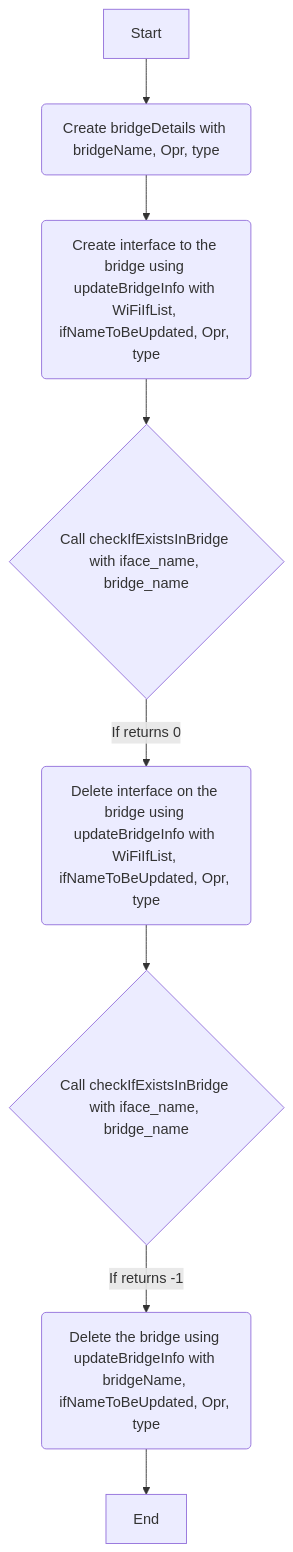
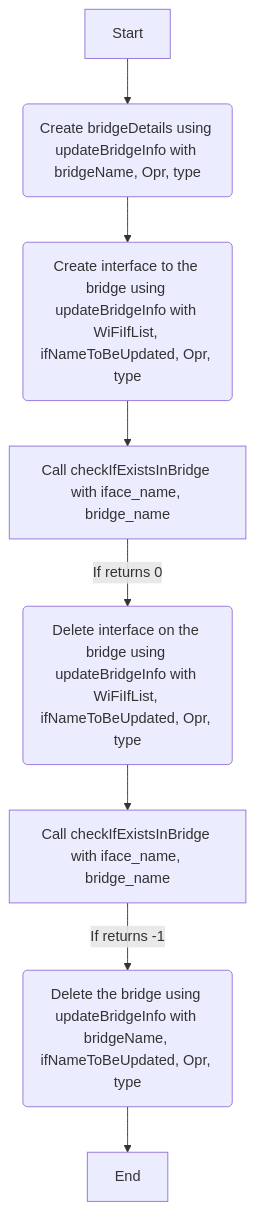
Before and after one commit to rdkcentral/rdkb-halif-test-bridge-util: the second of 5 diagrams in docs/pages/bridge_util_mermaid.md, drawn with Mermaid. The commit also changed other lines of this file, not shown here.

Commit message:
Develop bridge util hal L2 test suite Modified bridge util Mermaid file

````diff
--- a/docs/pages/bridge_util_mermaid.md
+++ b/docs/pages/bridge_util_mermaid.md
@@ -18,10 +18,10 @@
 ```mermaid
 graph TB
-A[Start] --> B(Create bridgeDetails with bridgeName, Opr, type)
+A[Start] --> B(Create bridgeDetails using updateBridgeInfo with bridgeName, Opr, type)
 B --> C(Create interface to the bridge using updateBridgeInfo with WiFiIfList, ifNameToBeUpdated, Opr, type)
-C --> D{Call checkIfExistsInBridge with iface_name, bridge_name}
+C --> D[Call checkIfExistsInBridge with iface_name, bridge_name]
 D -- If returns 0 --> E(Delete interface on the bridge using updateBridgeInfo with WiFiIfList, ifNameToBeUpdated, Opr, type)
-E --> F{Call checkIfExistsInBridge with iface_name, bridge_name}
+E --> F[Call checkIfExistsInBridge with iface_name, bridge_name]
 F -- If returns -1 --> G(Delete the bridge using updateBridgeInfo with bridgeName, ifNameToBeUpdated, Opr, type)
 G --> H[End]
 ```
````
